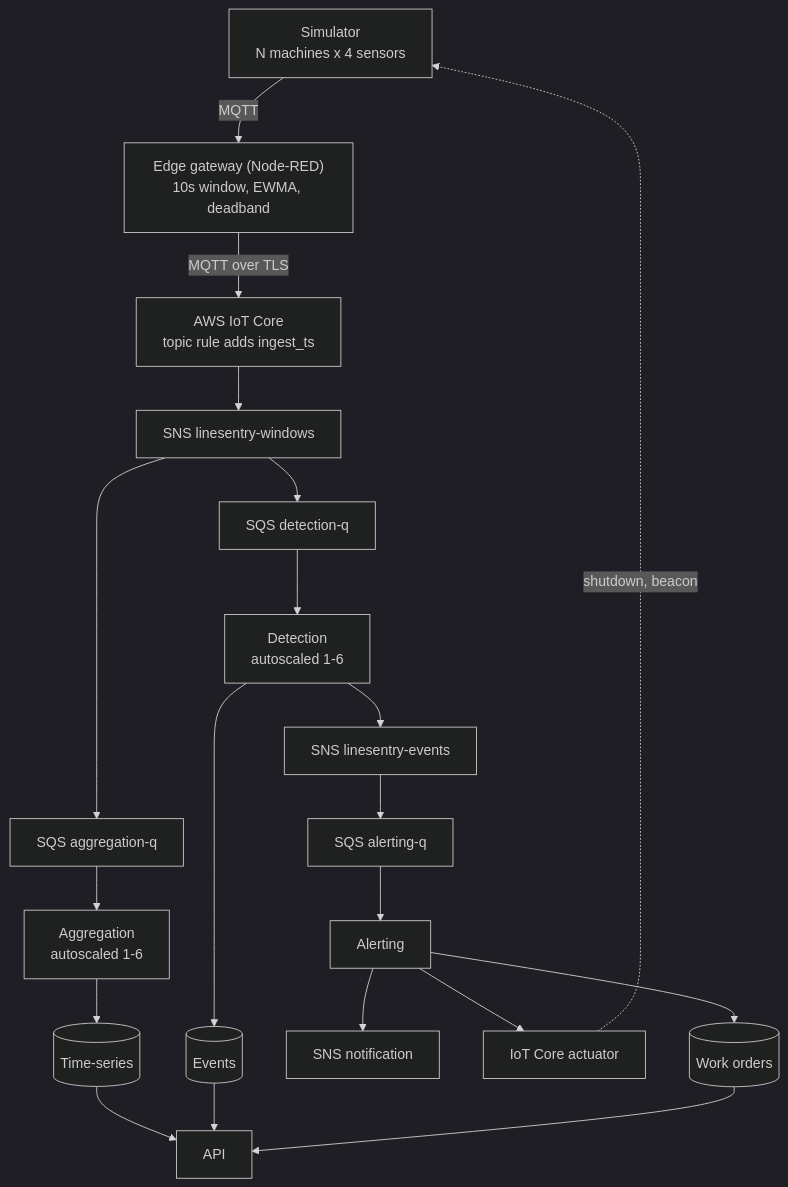
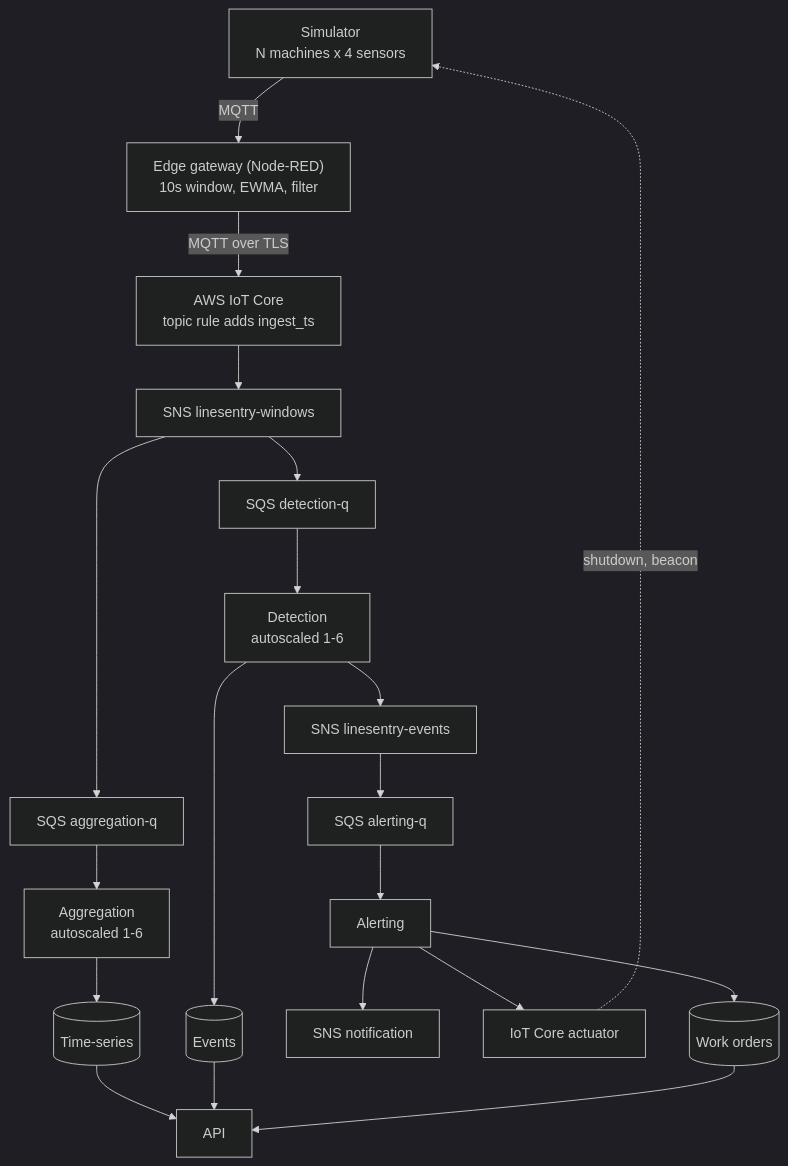
Before and after one commit to m1chael-pappas/linesentry: the diagram in README.md, drawn with Mermaid (dark theme). The commit also changed other lines of this file and 6 other files, not shown here.

````diff
--- a/README.md
+++ b/README.md
@@ -9,40 +11,40 @@
 ```mermaid
 flowchart TD
     SIM["Simulator<br/>N machines x 4 sensors"]
-    EDGE["Edge gateway (Node-RED)<br/>10s window, EWMA, deadband"]
+    EDGE["Edge gateway (Node-RED)<br/>10s window, EWMA, filter"]
     IOT["AWS IoT Core<br/>topic rule adds ingest_ts"]
     SNSW["SNS linesentry-windows"]
     QA["SQS aggregation-q"]
     QD["SQS detection-q"]
     AGG["Aggregation<br/>autoscaled 1-6"]
     DET["Detection<br/>autoscaled 1-6"]
     TS[("Time-series")]
     EV[("Events")]
     SNSE["SNS linesentry-events"]
     QAL["SQS alerting-q"]
     ALERT["Alerting"]
     TECH["SNS notification"]
     ACT["IoT Core actuator"]
     WO[("Work orders")]
     API["API"]
 
     SIM -->|MQTT| EDGE
     EDGE -->|MQTT over TLS| IOT
     IOT --> SNSW
     SNSW --> QA
     SNSW --> QD
     QA --> AGG
     QD --> DET
     AGG --> TS
     DET --> EV
     DET --> SNSE
     SNSE --> QAL
     QAL --> ALERT
     ALERT --> TECH
     ALERT --> ACT
     ALERT --> WO
     ACT -.->|shutdown, beacon| SIM
     TS --> API
     EV --> API
     WO --> API
 ```
````
